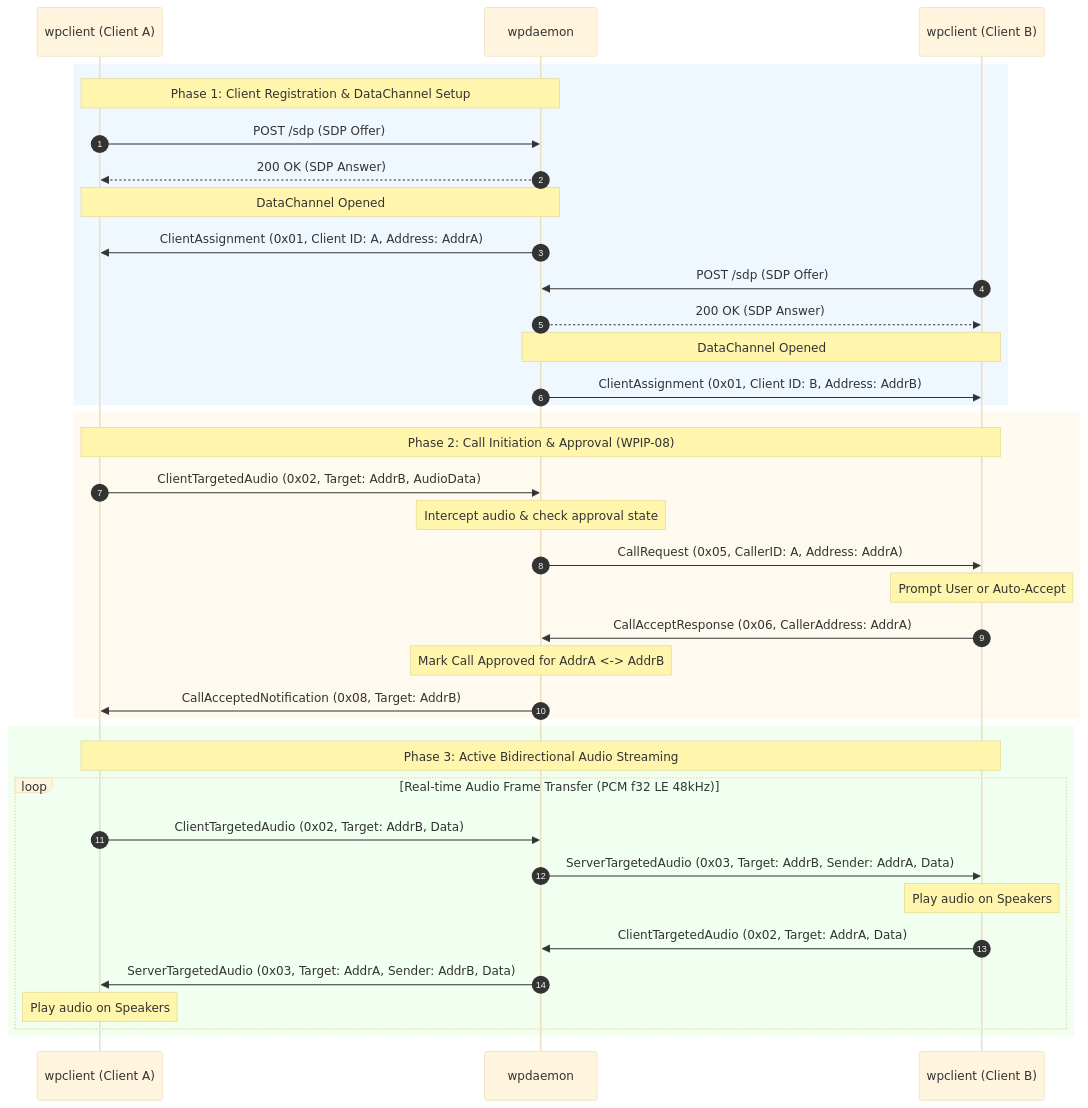
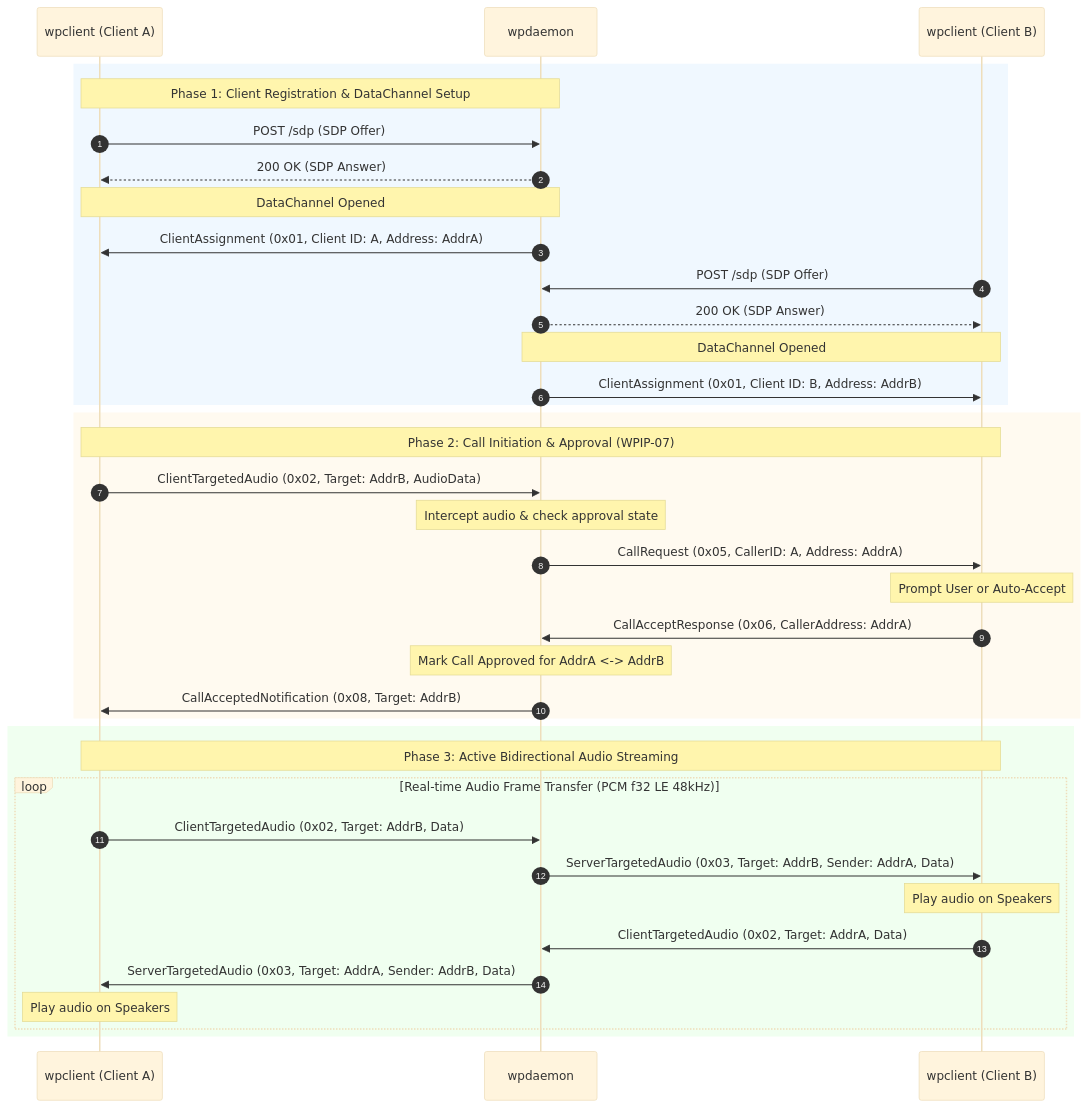
One commit to haruki7049/web-phone changed the second of 2 diagrams in docs/WPIP-01.md. Above: the diagram before and after it, drawn with Mermaid (base theme). The commit also changed 9 other files, not shown here.

````diff
--- a/docs/WPIP-01.md
+++ b/docs/WPIP-01.md
@@ -60,47 +60,47 @@
 ```mermaid
 sequenceDiagram
     autonumber
     participant ClientA as wpclient (Client A)
     participant Daemon as wpdaemon
     participant ClientB as wpclient (Client B)
 
     %% Phase 1: Client Registration
     rect rgb(240, 248, 255)
     Note over ClientA,Daemon: Phase 1: Client Registration & DataChannel Setup
     ClientA->>Daemon: POST /sdp (SDP Offer)
     Daemon-->>ClientA: 200 OK (SDP Answer)
     Note over ClientA,Daemon: DataChannel Opened
     Daemon->>ClientA: ClientAssignment (0x01, Client ID: A, Address: AddrA)
 
     ClientB->>Daemon: POST /sdp (SDP Offer)
     Daemon-->>ClientB: 200 OK (SDP Answer)
     Note over ClientB,Daemon: DataChannel Opened
     Daemon->>ClientB: ClientAssignment (0x01, Client ID: B, Address: AddrB)
     end
 
     %% Phase 2: Call Control & Approval
     rect rgb(255, 250, 240)
-    Note over ClientA,ClientB: Phase 2: Call Initiation & Approval (WPIP-08)
+    Note over ClientA,ClientB: Phase 2: Call Initiation & Approval (WPIP-07)
     ClientA->>Daemon: ClientTargetedAudio (0x02, Target: AddrB, AudioData)
     Note over Daemon: Intercept audio & check approval state
     Daemon->>ClientB: CallRequest (0x05, CallerID: A, Address: AddrA)
     Note over ClientB: Prompt User or Auto-Accept
     ClientB->>Daemon: CallAcceptResponse (0x06, CallerAddress: AddrA)
     Note over Daemon: Mark Call Approved for AddrA <-> AddrB
     Daemon->>ClientA: CallAcceptedNotification (0x08, Target: AddrB)
     end
 
     %% Phase 3: Bidirectional Streaming
     rect rgb(240, 255, 240)
     Note over ClientA,ClientB: Phase 3: Active Bidirectional Audio Streaming
     loop Real-time Audio Frame Transfer (PCM f32 LE 48kHz)
         ClientA->>Daemon: ClientTargetedAudio (0x02, Target: AddrB, Data)
         Daemon->>ClientB: ServerTargetedAudio (0x03, Target: AddrB, Sender: AddrA, Data)
         Note over ClientB: Play audio on Speakers
 
         ClientB->>Daemon: ClientTargetedAudio (0x02, Target: AddrA, Data)
         Daemon->>ClientA: ServerTargetedAudio (0x03, Target: AddrA, Sender: AddrB, Data)
         Note over ClientA: Play audio on Speakers
     end
     end
 ```
````
